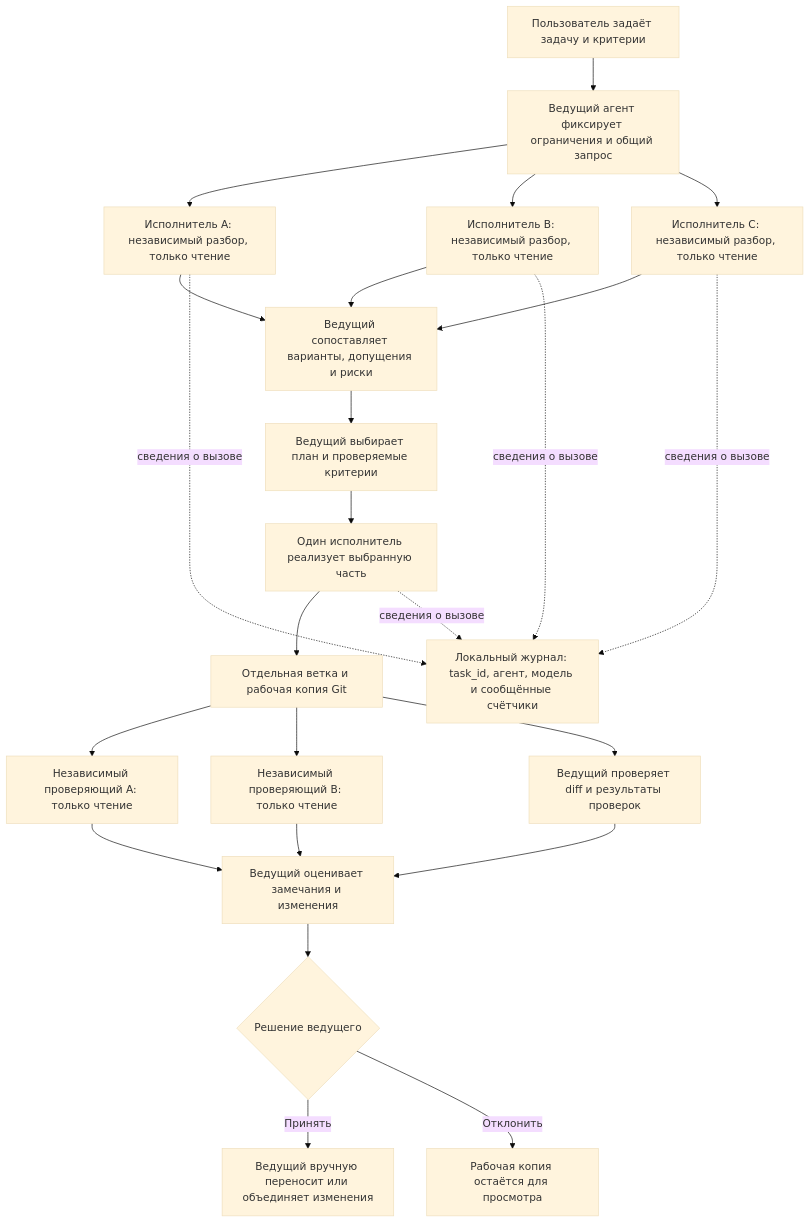
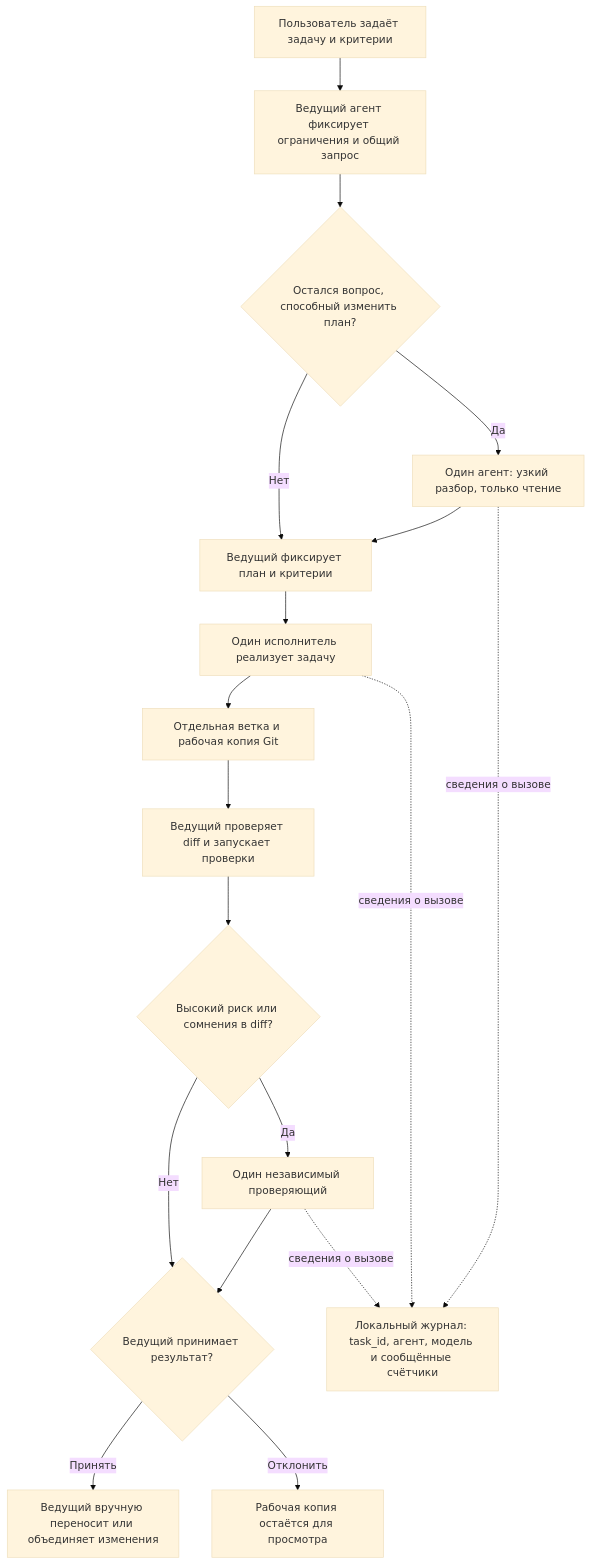
The diagram in docs/example-complex-task.ru.md (aa-blinov/agent-orchestrator), drawn with Mermaid (base theme) before and after one commit. The commit also changed other lines of this file and 12 other files, not shown here.

````diff
--- a/docs/example-complex-task.ru.md
+++ b/docs/example-complex-task.ru.md
@@ -19,31 +19,22 @@
 ```mermaid
 flowchart TD
     U[Пользователь задаёт задачу и критерии] --> L[Ведущий агент фиксирует ограничения и общий запрос]
 
-    L --> C1[Исполнитель A: независимый разбор, только чтение]
-    L --> C2[Исполнитель B: независимый разбор, только чтение]
-    L --> C3[Исполнитель C: независимый разбор, только чтение]
-
-    C1 --> S[Ведущий сопоставляет варианты, допущения и риски]
-    C2 --> S
-    C3 --> S
-
-    S --> D[Ведущий выбирает план и проверяемые критерии]
-    D --> I[Один исполнитель реализует выбранную часть]
+    L --> Q{Остался вопрос, способный изменить план?}
+    Q -->|Нет| D[Ведущий фиксирует план и критерии]
+    Q -->|Да| R[Один агент: узкий разбор, только чтение]
+    R --> D
+    D --> I[Один исполнитель реализует задачу]
     I --> W[Отдельная ветка и рабочая копия Git]
-    W --> R1[Независимый проверяющий A: только чтение]
-    W --> R2[Независимый проверяющий B: только чтение]
-    W --> R3[Ведущий проверяет diff и результаты проверок]
-
-    R1 --> V[Ведущий оценивает замечания и изменения]
-    R2 --> V
-    R3 --> V
-    V --> A{Решение ведущего}
+    W --> V[Ведущий проверяет diff и запускает проверки]
+    V --> H{Высокий риск или сомнения в diff?}
+    H -->|Нет| A{Ведущий принимает результат?}
+    H -->|Да| R2[Один независимый проверяющий]
+    R2 --> A
     A -->|Принять| M[Ведущий вручную переносит или объединяет изменения]
     A -->|Отклонить| X[Рабочая копия остаётся для просмотра]
 
-    C1 -. сведения о вызове .-> T[Локальный журнал: task_id, агент, модель и сообщённые счётчики]
-    C2 -. сведения о вызове .-> T
-    C3 -. сведения о вызове .-> T
+    R -. сведения о вызове .-> T[Локальный журнал: task_id, агент, модель и сообщённые счётчики]
     I -. сведения о вызове .-> T
+    R2 -. сведения о вызове .-> T
 ```
````
